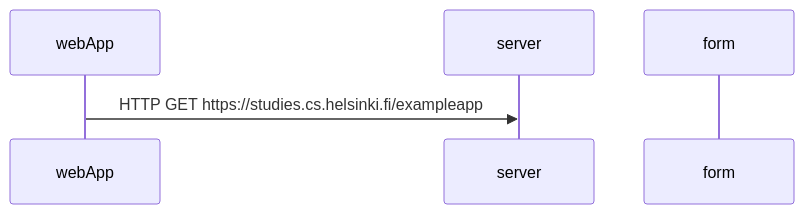
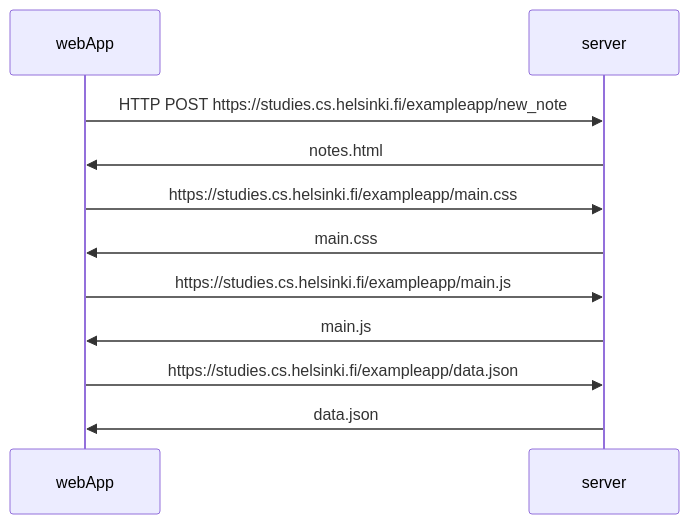
One commit to Dago04/part0 changed the diagram in 0.4.md. Above: the diagram before and after it, drawn with Mermaid.

````diff
--- a/0.4.md
+++ b/0.4.md
@@ -1,7 +1,13 @@
 ```mermaid
 sequenceDiagram
      participant webApp
      participant server
-     participant form
-     webApp->>server: HTTP GET https://studies.cs.helsinki.fi/exampleapp 
+     webApp->>server: HTTP POST https://studies.cs.helsinki.fi/exampleapp/new_note
+     server->>webApp: notes.html
+     webApp->>server: https://studies.cs.helsinki.fi/exampleapp/main.css
+     server->>webApp: main.css
+     webApp->>server: https://studies.cs.helsinki.fi/exampleapp/main.js
+     server->>webApp: main.js
+     webApp->>server: https://studies.cs.helsinki.fi/exampleapp/data.json
+     server->>webApp: data.json
 ```
````
